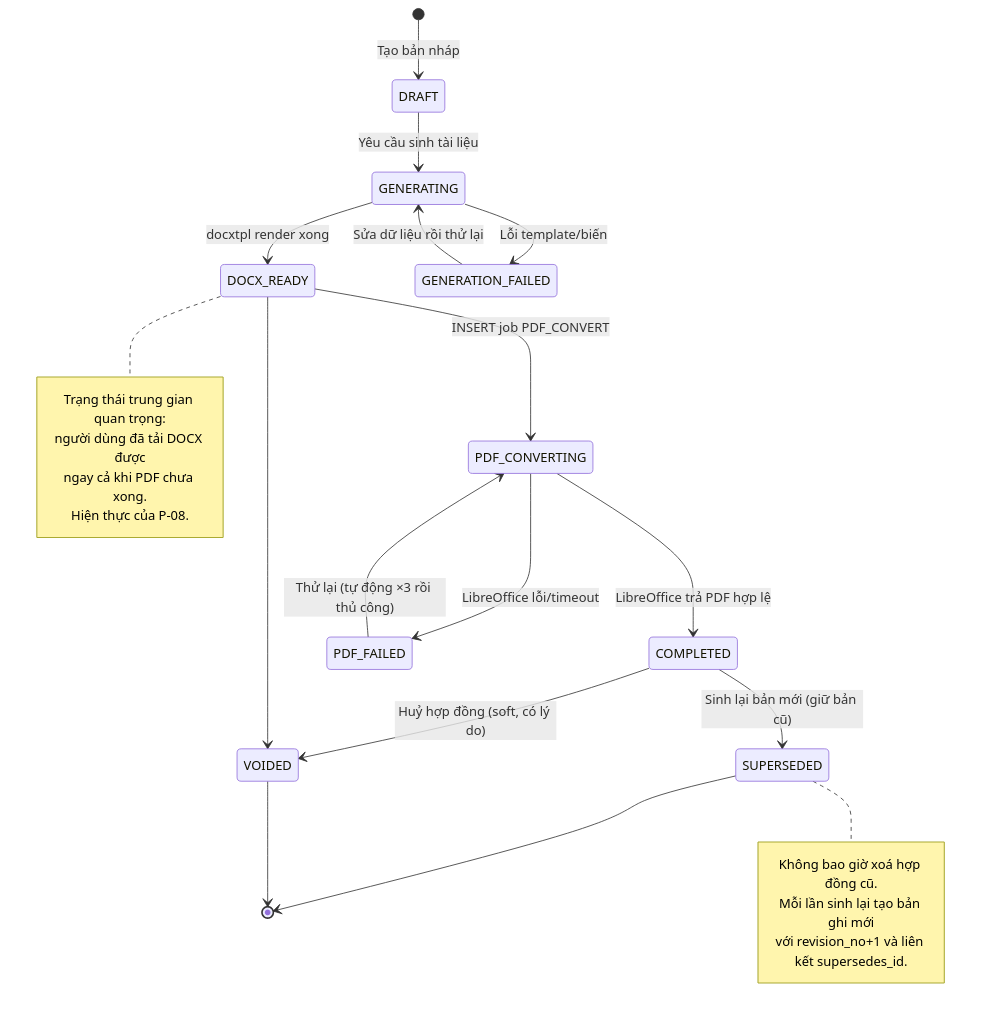
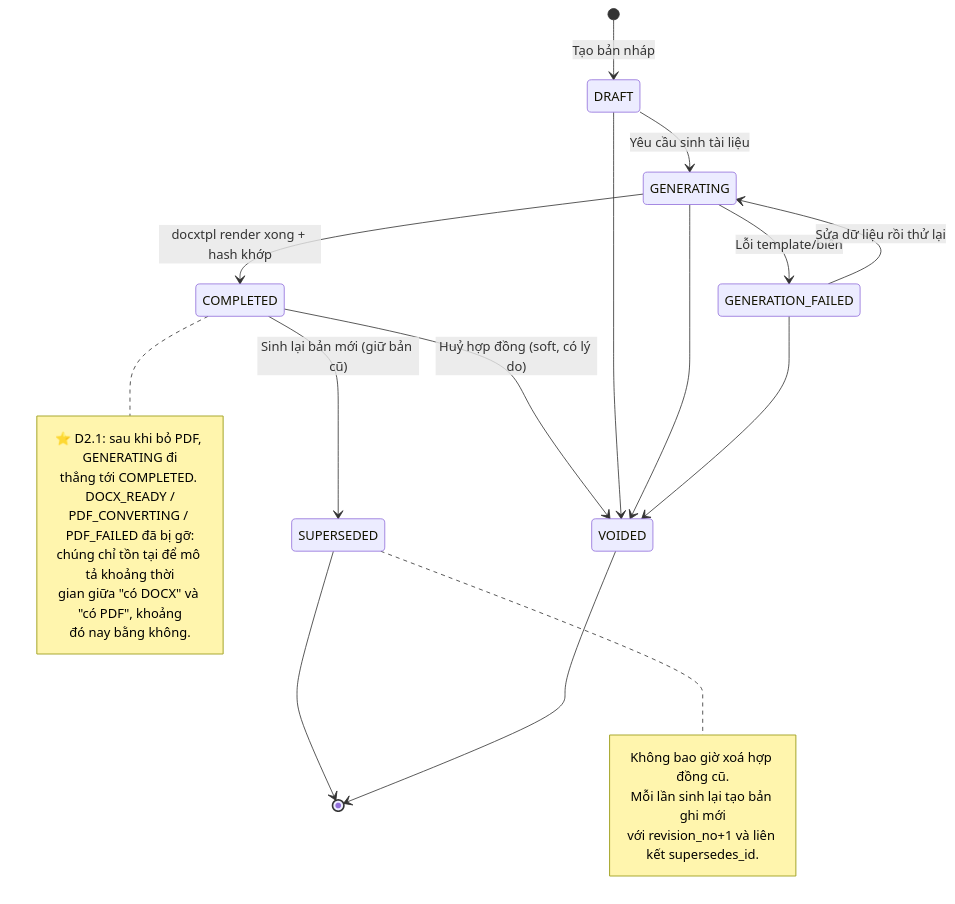
One commit to Dezz3z/CCCD_OCR_NEW changed the seventh of 10 diagrams in docs/design/02-so-do-he-thong.md. Above: the diagram before and after it, drawn with Mermaid. The commit also changed other lines of this file and 45 other files, not shown here.

````diff
--- a/docs/design/02-so-do-he-thong.md
+++ b/docs/design/02-so-do-he-thong.md
@@ -407,34 +390,33 @@
 ```mermaid
 stateDiagram-v2
     [*] --> DRAFT: Tạo bản nháp
     DRAFT --> GENERATING: Yêu cầu sinh tài liệu
-    GENERATING --> DOCX_READY: docxtpl render xong
+    GENERATING --> COMPLETED: docxtpl render xong + hash khớp
     GENERATING --> GENERATION_FAILED: Lỗi template/biến
 
-    DOCX_READY --> PDF_CONVERTING: INSERT job PDF_CONVERT
-    PDF_CONVERTING --> COMPLETED: LibreOffice trả PDF hợp lệ
-    PDF_CONVERTING --> PDF_FAILED: LibreOffice lỗi/timeout
-
-    PDF_FAILED --> PDF_CONVERTING: Thử lại (tự động ×3 rồi thủ công)
     GENERATION_FAILED --> GENERATING: Sửa dữ liệu rồi thử lại
 
     COMPLETED --> SUPERSEDED: Sinh lại bản mới (giữ bản cũ)
     COMPLETED --> VOIDED: Huỷ hợp đồng (soft, có lý do)
-    DOCX_READY --> VOIDED
+    DRAFT --> VOIDED
+    GENERATING --> VOIDED
+    GENERATION_FAILED --> VOIDED
 
     SUPERSEDED --> [*]
     VOIDED --> [*]
 
-    note right of DOCX_READY
-        Trạng thái trung gian quan trọng:
-        người dùng đã tải DOCX được
-        ngay cả khi PDF chưa xong.
-        Hiện thực của P-08.
+    note right of COMPLETED
+        ⭐ D2.1: sau khi bỏ PDF, GENERATING đi
+        thẳng tới COMPLETED. DOCX_READY /
+        PDF_CONVERTING / PDF_FAILED đã bị gỡ:
+        chúng chỉ tồn tại để mô tả khoảng thời
+        gian giữa "có DOCX" và "có PDF", khoảng
+        đó nay bằng không.
     end note
 
     note right of SUPERSEDED
         Không bao giờ xoá hợp đồng cũ.
         Mỗi lần sinh lại tạo bản ghi mới
         với revision_no+1 và liên kết supersedes_id.
     end note
 ```
````
